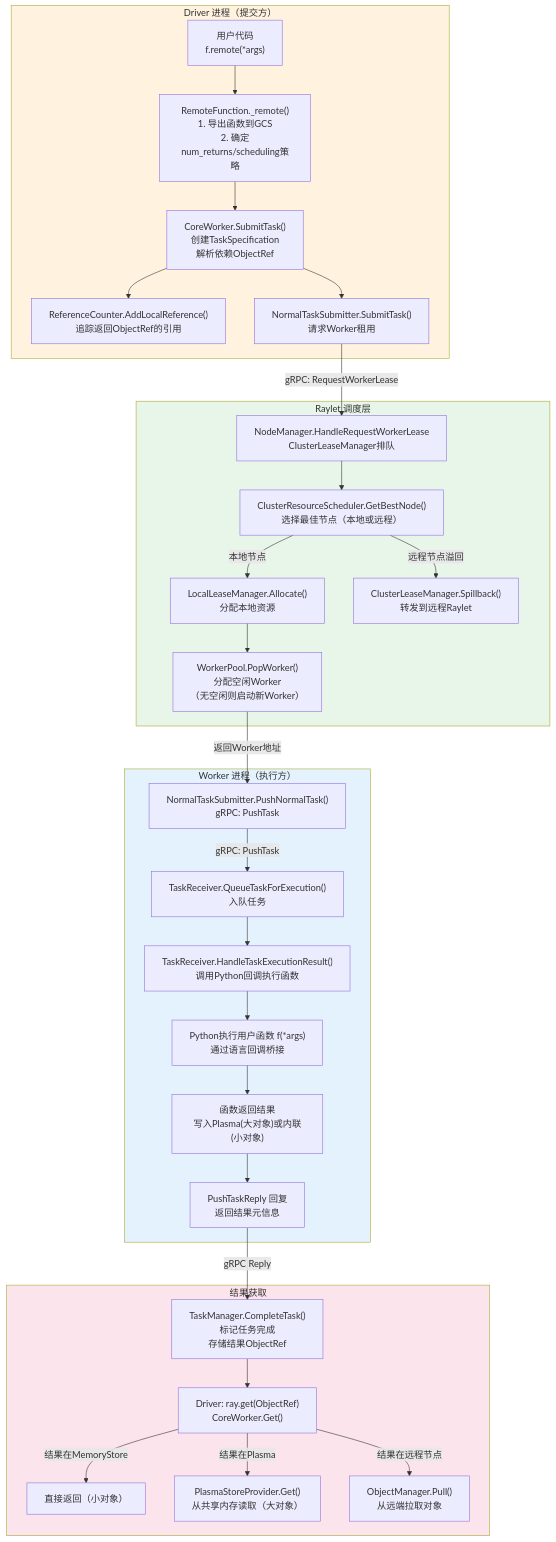
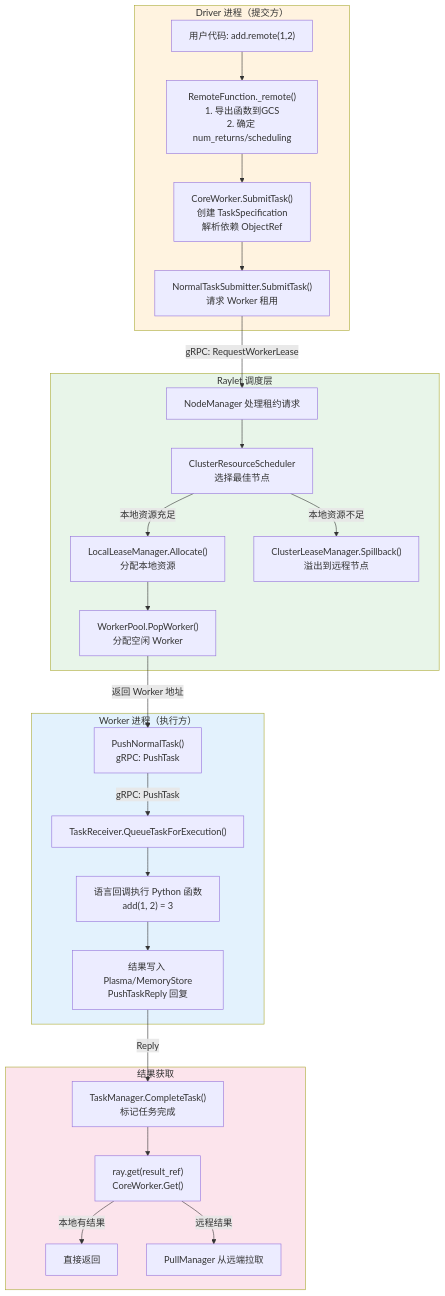
The fourth of 7 diagrams in doc/source/ray-core/ray-architecture-overview.md (wangguimin18-boop/ray-project), drawn with Mermaid before and after one commit. The commit also changed other lines of this file, not shown here.

````diff
--- a/doc/source/ray-core/ray-architecture-overview.md
+++ b/doc/source/ray-core/ray-architecture-overview.md
@@ -423,39 +660,35 @@
 ```mermaid
 flowchart TB
     subgraph Driver["Driver 进程（提交方）"]
-        A["用户代码<br>f.remote(*args)"] --> B["RemoteFunction._remote()<br>1. 导出函数到GCS<br>2. 确定num_returns/scheduling策略"]
-        B --> C["CoreWorker.SubmitTask()<br>创建TaskSpecification<br>解析依赖ObjectRef"]
-        C --> D["ReferenceCounter.AddLocalReference()<br>追踪返回ObjectRef的引用"]
-        C --> E["NormalTaskSubmitter.SubmitTask()<br>请求Worker租用"]
+        A["用户代码: add.remote(1,2)"] --> B["RemoteFunction._remote()<br>1. 导出函数到GCS<br>2. 确定 num_returns/scheduling"]
+        B --> C["CoreWorker.SubmitTask()<br>创建 TaskSpecification<br>解析依赖 ObjectRef"]
+        C --> D["NormalTaskSubmitter.SubmitTask()<br>请求 Worker 租用"]
     end
 
     subgraph RayletSched["Raylet 调度层"]
-        E -->|"gRPC: RequestWorkerLease"| F["NodeManager.HandleRequestWorkerLease<br>ClusterLeaseManager排队"]
-        F --> G["ClusterResourceScheduler.GetBestNode()<br>选择最佳节点（本地或远程）"]
-        G -->|"本地节点"| H["LocalLeaseManager.Allocate()<br>分配本地资源"]
-        G -->|"远程节点溢回"| I["ClusterLeaseManager.Spillback()<br>转发到远程Raylet"]
-        H --> J["WorkerPool.PopWorker()<br>分配空闲Worker<br>（无空闲则启动新Worker）"]
+        D -->|"gRPC: RequestWorkerLease"| E["NodeManager 处理租约请求"]
+        E --> F["ClusterResourceScheduler<br>选择最佳节点"]
+        F -->|"本地资源充足"| G["LocalLeaseManager.Allocate()<br>分配本地资源"]
+        F -->|"本地资源不足"| H["ClusterLeaseManager.Spillback()<br>溢出到远程节点"]
+        G --> I["WorkerPool.PopWorker()<br>分配空闲 Worker"]
     end
 
     subgraph WorkerExec["Worker 进程（执行方）"]
-        J -->|"返回Worker地址"| K["NormalTaskSubmitter.PushNormalTask()<br>gRPC: PushTask"]
-        K -->|"gRPC: PushTask"| L["TaskReceiver.QueueTaskForExecution()<br>入队任务"]
-        L --> M["TaskReceiver.HandleTaskExecutionResult()<br>调用Python回调执行函数"]
-        M --> N["Python执行用户函数 f(*args)<br>通过语言回调桥接"]
-        N --> O["函数返回结果<br>写入Plasma(大对象)或内联(小对象)"]
-        O --> P["PushTaskReply 回复<br>返回结果元信息"]
+        I -->|"返回 Worker 地址"| J["PushNormalTask()<br>gRPC: PushTask"]
+        J -->|"gRPC: PushTask"| K["TaskReceiver.QueueTaskForExecution()"]
+        K --> L["语言回调执行 Python 函数<br>add(1, 2) = 3"]
+        L --> M["结果写入 Plasma/MemoryStore<br>PushTaskReply 回复"]
     end
 
     subgraph Result["结果获取"]
-        P -->|"gRPC Reply"| Q["TaskManager.CompleteTask()<br>标记任务完成<br>存储结果ObjectRef"]
-        Q --> R["Driver: ray.get(ObjectRef)<br>CoreWorker.Get()"]
-        R -->|"结果在MemoryStore"| S["直接返回（小对象）"]
-        R -->|"结果在Plasma"| T["PlasmaStoreProvider.Get()<br>从共享内存读取（大对象）"]
-        R -->|"结果在远程节点"| U["ObjectManager.Pull()<br>从远端拉取对象"]
+        M -->|"Reply"| N["TaskManager.CompleteTask()<br>标记任务完成"]
+        N --> O["ray.get(result_ref)<br>CoreWorker.Get()"]
+        O -->|"本地有结果"| P["直接返回"]
+        O -->|"远程结果"| Q["PullManager 从远端拉取"]
     end
 
     style Driver fill:#fff3e0
     style RayletSched fill:#e8f5e9
     style WorkerExec fill:#e3f2fd
     style Result fill:#fce4ec
 ```
````
